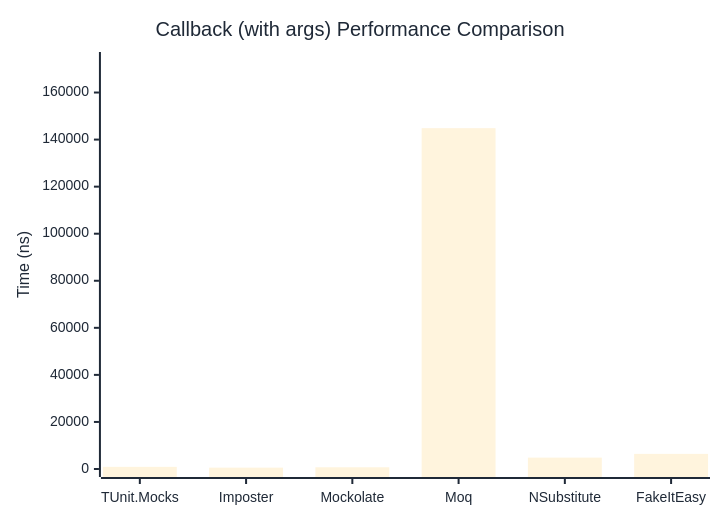
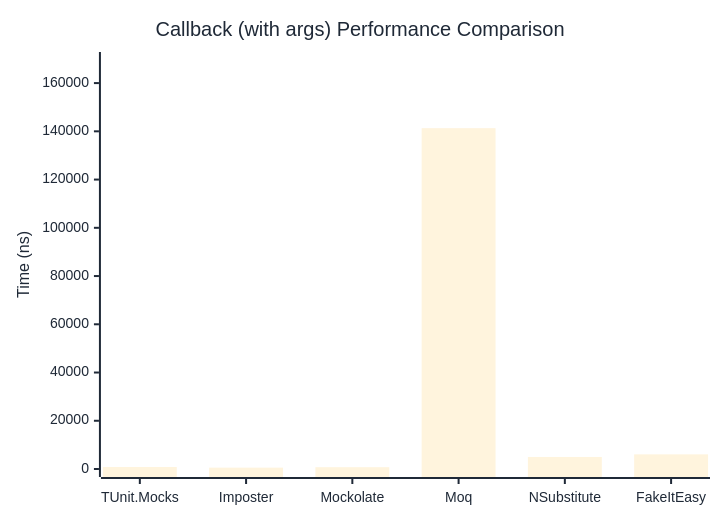
Before and after one commit to thomhurst/TUnit: the second of 2 diagrams in docs/docs/benchmarks/mocks/Callback.md, drawn with Mermaid. The commit also changed other lines of this file and 14 other files, not shown here.

````diff
--- a/docs/docs/benchmarks/mocks/Callback.md
+++ b/docs/docs/benchmarks/mocks/Callback.md
@@ -69,27 +69,27 @@
 ```mermaid
 %%{init: {
   'theme':'base',
   'themeVariables': {
     'primaryColor': '#2563eb',
     'primaryTextColor': '#1f2937',
     'primaryBorderColor': '#1e40af',
     'lineColor': '#6b7280',
     'secondaryColor': '#7c3aed',
     'tertiaryColor': '#dc2626',
     'background': '#ffffff',
     'pie1': '#2563eb',
     'pie2': '#7c3aed',
     'pie3': '#dc2626',
     'pie4': '#f59e0b',
     'pie5': '#10b981',
     'pie6': '#06b6d4',
     'pie7': '#ec4899',
     'pie8': '#6366f1'
   }
 }}%%
 xychart-beta
   title "Callback (with args) Performance Comparison"
   x-axis ["TUnit.Mocks", "Imposter", "Mockolate", "Moq", "NSubstitute", "FakeItEasy"]
-  y-axis "Time (ns)" 0 --> 173823
-  bar [909.5, 569.6, 729.3, 144852.4, 4832.6, 6429.4]
+  y-axis "Time (ns)" 0 --> 169573
+  bar [823.3, 566.2, 746, 141310.7, 4988.9, 6072.2]
 ```
````
